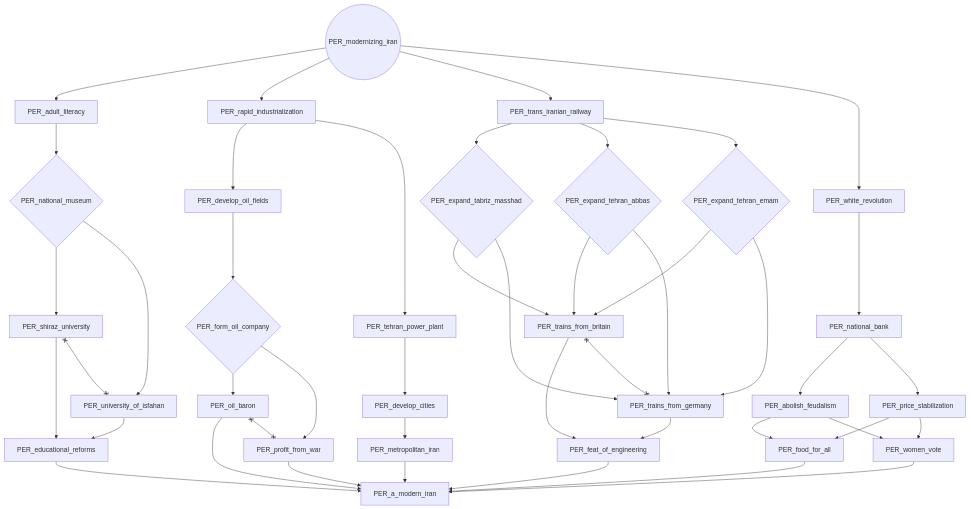
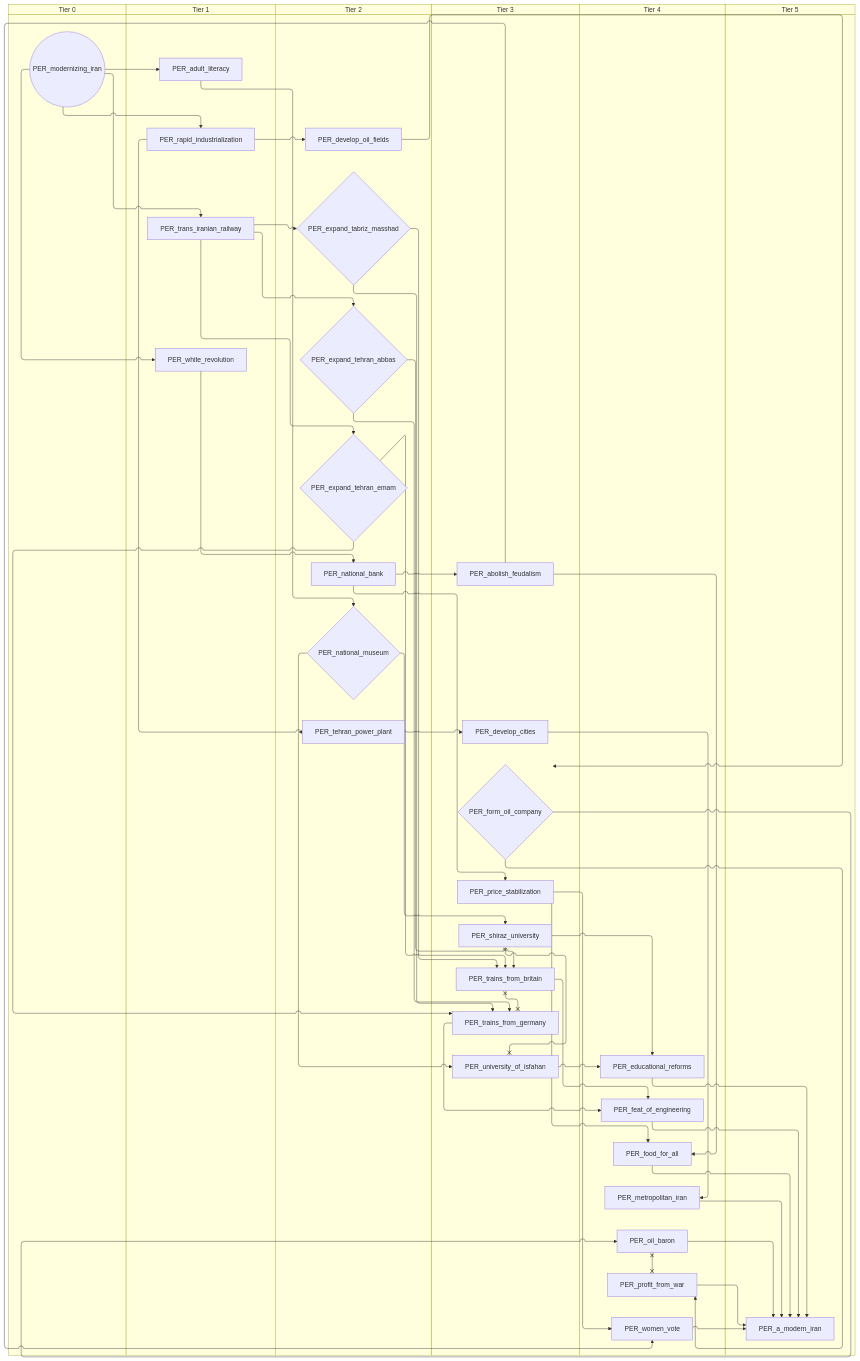
The sixth of 9 diagrams in docs/gdd/National Focuses/r56/persia.md (evgeny-sobol/hoi4-sandbox-mode-r56), drawn with Mermaid before and after one commit. The commit also changed other lines of this file and 423 other files, not shown here.

First line of the commit message:
Re-export Rt56 focus trees as swimlane diagrams

````diff
--- a/docs/gdd/National Focuses/r56/persia.md
+++ b/docs/gdd/National Focuses/r56/persia.md
@@ -231,75 +301,87 @@
 ```mermaid
-flowchart TD
-    n66["PER_a_modern_iran"]
-    n67["PER_abolish_feudalism"]
-    n68["PER_adult_literacy"]
-    n69["PER_develop_cities"]
-    n70["PER_develop_oil_fields"]
-    n71["PER_educational_reforms"]
-    n72{"PER_expand_tabriz_masshad"}
-    n73{"PER_expand_tehran_abbas"}
-    n74{"PER_expand_tehran_emam"}
-    n75["PER_feat_of_engineering"]
-    n76["PER_food_for_all"]
-    n77{"PER_form_oil_company"}
-    n78["PER_metropolitan_iran"]
-    n79(("PER_modernizing_iran"))
-    n80["PER_national_bank"]
-    n81{"PER_national_museum"}
-    n82["PER_oil_baron"]
-    n83["PER_price_stabilization"]
-    n84["PER_profit_from_war"]
-    n85["PER_rapid_industrialization"]
-    n86["PER_shiraz_university"]
-    n87["PER_tehran_power_plant"]
-    n88["PER_trains_from_britain"]
-    n89["PER_trains_from_germany"]
-    n90["PER_trans_iranian_railway"]
-    n91["PER_university_of_isfahan"]
-    n92["PER_white_revolution"]
-    n93["PER_women_vote"]
-    n84 --> n66
-    n82 --> n66
-    n78 --> n66
-    n76 --> n66
-    n93 --> n66
-    n75 --> n66
-    n71 --> n66
-    n80 --> n67
-    n79 --> n68
-    n87 --> n69
-    n85 --> n70
-    n91 --> n71
-    n86 --> n71
-    n90 --> n72
-    n90 --> n73
-    n90 --> n74
-    n88 --> n75
-    n89 --> n75
-    n83 --> n76
+swimlane-beta TD
+    subgraph tier_0["Tier 0"]
+        n66(("PER_modernizing_iran"))
+    end
+    subgraph tier_1["Tier 1"]
+        n67["PER_adult_literacy"]
+        n68["PER_rapid_industrialization"]
+        n69["PER_trans_iranian_railway"]
+        n70["PER_white_revolution"]
+    end
+    subgraph tier_2["Tier 2"]
+        n71["PER_develop_oil_fields"]
+        n72{"PER_expand_tabriz_masshad"}
+        n73{"PER_expand_tehran_abbas"}
+        n74{"PER_expand_tehran_emam"}
+        n75["PER_national_bank"]
+        n76{"PER_national_museum"}
+        n77["PER_tehran_power_plant"]
+    end
+    subgraph tier_3["Tier 3"]
+        n78["PER_abolish_feudalism"]
+        n79["PER_develop_cities"]
+        n80{"PER_form_oil_company"}
+        n81["PER_price_stabilization"]
+        n82["PER_shiraz_university"]
+        n83["PER_trains_from_britain"]
+        n84["PER_trains_from_germany"]
+        n85["PER_university_of_isfahan"]
+    end
+    subgraph tier_4["Tier 4"]
+        n86["PER_educational_reforms"]
+        n87["PER_feat_of_engineering"]
+        n88["PER_food_for_all"]
+        n89["PER_metropolitan_iran"]
+        n90["PER_oil_baron"]
+        n91["PER_profit_from_war"]
+        n92["PER_women_vote"]
+    end
+    subgraph tier_5["Tier 5"]
+        n93["PER_a_modern_iran"]
+    end
+    n91 --> n93
+    n90 --> n93
+    n89 --> n93
+    n88 --> n93
+    n92 --> n93
+    n87 --> n93
+    n86 --> n93
+    n75 --> n78
+    n66 --> n67
+    n77 --> n79
+    n68 --> n71
+    n85 --> n86
+    n82 --> n86
+    n69 --> n72
+    n69 --> n73
+    n69 --> n74
+    n83 --> n87
+    n84 --> n87
+    n81 --> n88
+    n78 --> n88
+    n71 --> n80
+    n79 --> n89
+    n70 --> n75
     n67 --> n76
-    n70 --> n77
-    n69 --> n78
-    n92 --> n80
-    n68 --> n81
-    n77 --> n82
-    n80 --> n83
-    n77 --> n84
-    n79 --> n85
-    n81 --> n86
-    n85 --> n87
-    n72 --> n88
-    n74 --> n88
-    n73 --> n88
-    n72 --> n89
-    n74 --> n89
-    n73 --> n89
-    n79 --> n90
-    n81 --> n91
-    n79 --> n92
-    n83 --> n93
-    n67 --> n93
-    n82 x--x n84
-    n86 x--x n91
-    n88 x--x n89
+    n80 --> n90
+    n75 --> n81
+    n80 --> n91
+    n66 --> n68
+    n76 --> n82
+    n68 --> n77
+    n72 --> n83
+    n74 --> n83
+    n73 --> n83
+    n72 --> n84
+    n74 --> n84
+    n73 --> n84
+    n66 --> n69
+    n76 --> n85
+    n66 --> n70
+    n81 --> n92
+    n78 --> n92
+    n90 x--x n91
+    n82 x--x n85
+    n83 x--x n84
 ```
````
